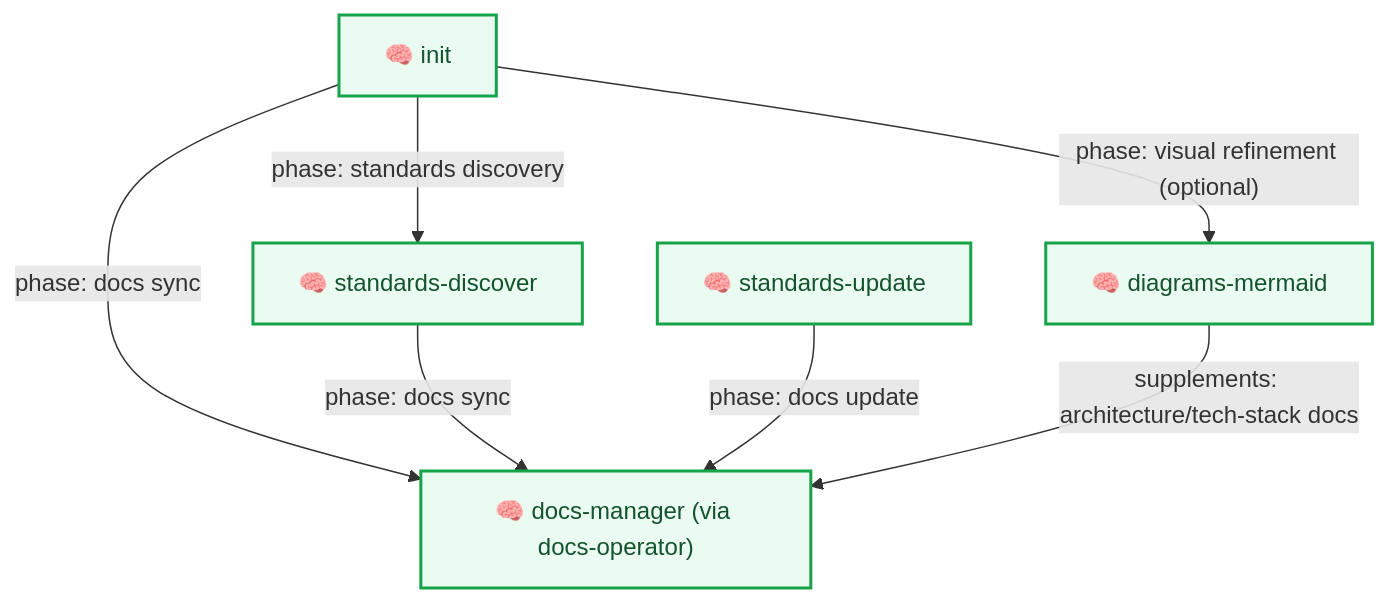
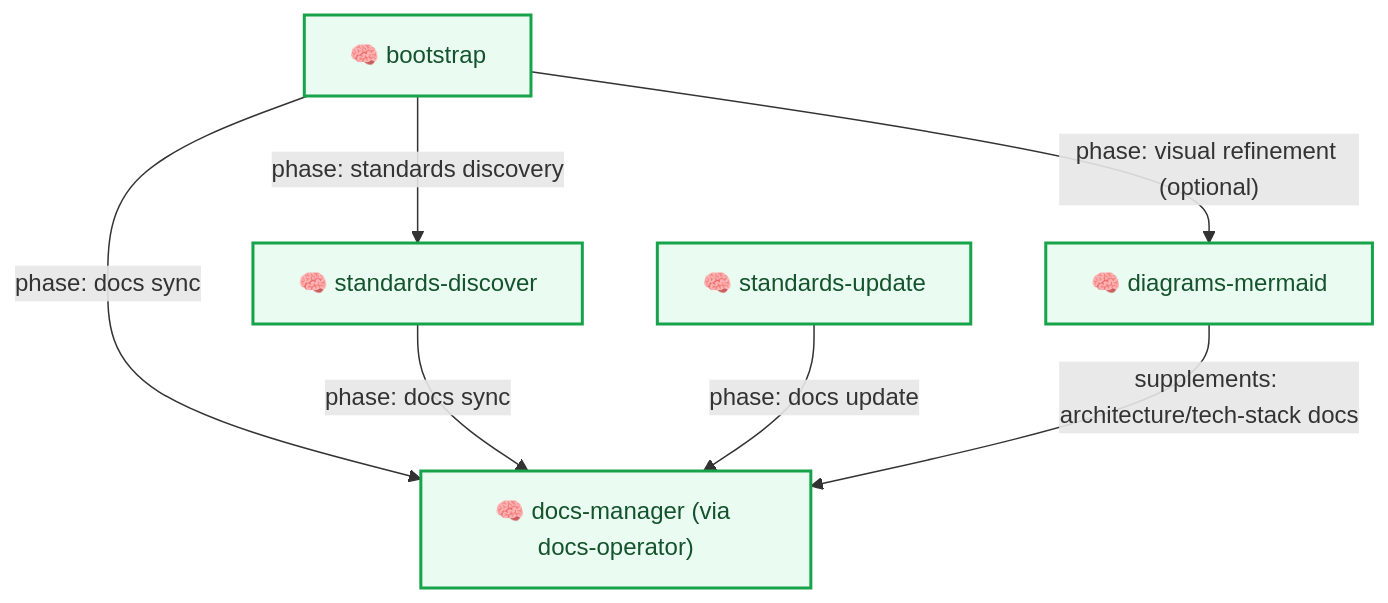
One commit to plucins/flowbit changed the second of 9 diagrams in docs/flow/overview.md. Above: the diagram before and after it, drawn with Mermaid. The commit also changed other lines of this file and 22 other files, not shown here.

First line of the commit message:
chore: rename init skill to bootstrap and bump to 1.7.0

````diff
--- a/docs/flow/overview.md
+++ b/docs/flow/overview.md
@@ -78,12 +78,12 @@
 ```mermaid
 graph TD
-  S_INIT["🧠 init"] -- "phase: standards discovery" --> S_STD_DISC["🧠 standards-discover"]
+  S_INIT["🧠 bootstrap"] -- "phase: standards discovery" --> S_STD_DISC["🧠 standards-discover"]
   S_INIT -- "phase: docs sync" --> S_DOCS["🧠 docs-manager (via docs-operator)"]
   S_INIT -- "phase: visual refinement (optional)" --> S_DIAG["🧠 diagrams-mermaid"]
   S_STD_DISC -- "phase: docs sync" --> S_DOCS
   S_STD_UPD["🧠 standards-update"] -- "phase: docs update" --> S_DOCS
   S_DIAG -- "supplements: architecture/tech-stack docs" --> S_DOCS
 
   classDef skill fill:#EAFBF1,stroke:#16A34A,stroke-width:2px,color:#14532D;
   class S_INIT,S_STD_DISC,S_DOCS,S_STD_UPD,S_DIAG skill;
 ```
````
